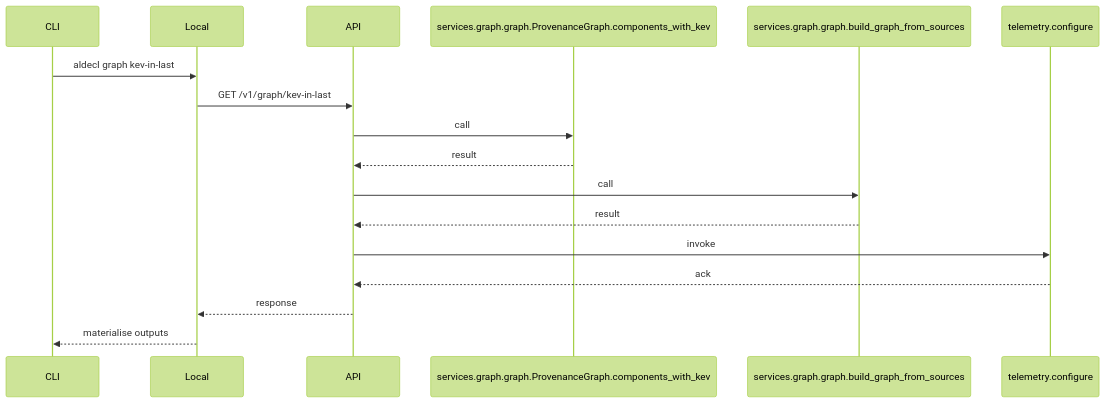
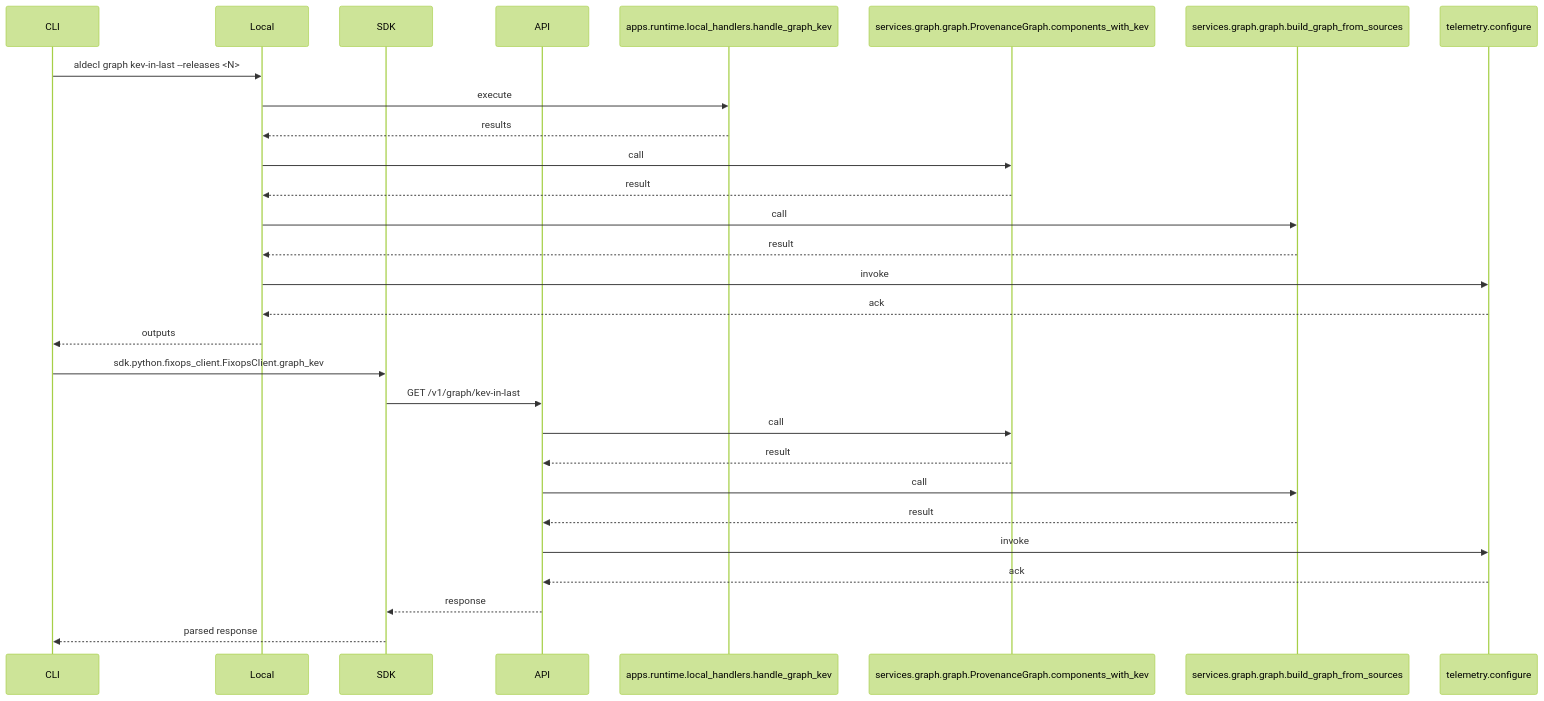
The diagram in docs/diagrams/seq_graph_kev_in_last.mmd (DevOpsMadDog/Aldeci), drawn with Mermaid (forest theme) before and after one commit. The commit also changed 52 other files, not shown here.

```diff
--- a/docs/diagrams/seq_graph_kev_in_last.mmd
+++ b/docs/diagrams/seq_graph_kev_in_last.mmd
@@ -1,17 +1,29 @@
 sequenceDiagram
     participant CLI
     participant Local
+    participant SDK
     participant API
-    CLI->>Local: aldecI graph kev-in-last
-    Local->>API: GET /v1/graph/kev-in-last
-    participant S227863 as services.graph.graph.ProvenanceGraph.components_with_kev
-    API->>S227863: call
-    S227863-->>API: result
-    participant S206271 as services.graph.graph.build_graph_from_sources
-    API->>S206271: call
-    S206271-->>API: result
-    participant I870404 as telemetry.configure
-    API->>I870404: invoke
-    I870404-->>API: ack
-    API-->>Local: response
-    Local-->>CLI: materialise outputs
+    participant L68858 as apps.runtime.local_handlers.handle_graph_kev
+    participant S224234 as services.graph.graph.ProvenanceGraph.components_with_kev
+    participant S858265 as services.graph.graph.build_graph_from_sources
+    participant I828115 as telemetry.configure
+    CLI->>Local: aldecI graph kev-in-last --releases <N>
+    Local->>L68858: execute
+    L68858-->>Local: results
+    Local->>S224234: call
+    S224234-->>Local: result
+    Local->>S858265: call
+    S858265-->>Local: result
+    Local->>I828115: invoke
+    I828115-->>Local: ack
+    Local-->>CLI: outputs
+    CLI->>SDK: sdk.python.fixops_client.FixopsClient.graph_kev
+    SDK->>API: GET /v1/graph/kev-in-last
+    API->>S224234: call
+    S224234-->>API: result
+    API->>S858265: call
+    S858265-->>API: result
+    API->>I828115: invoke
+    I828115-->>API: ack
+    API-->>SDK: response
+    SDK-->>CLI: parsed response
```
